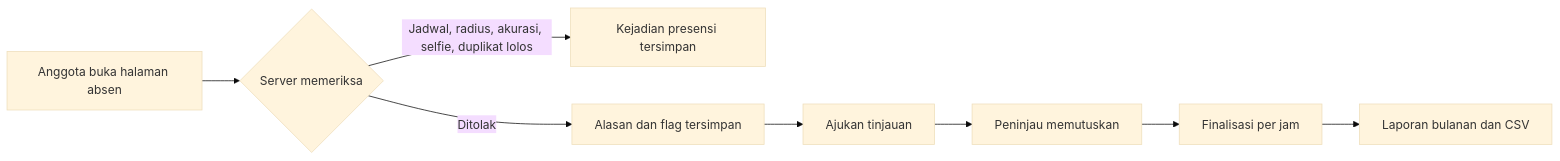
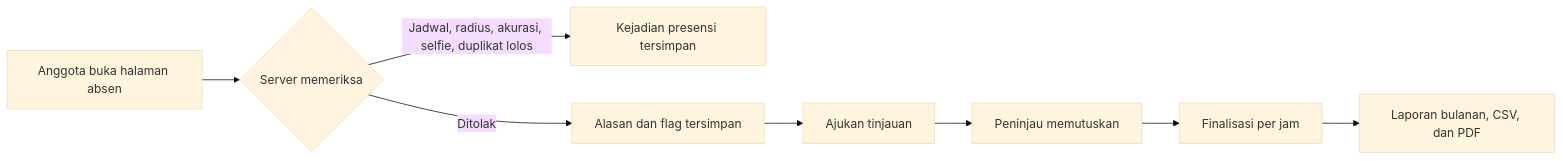
Before and after one commit to ReyyIchiro/Hadir.In: the diagram in README.md, drawn with Mermaid (base theme). The commit also changed other lines of this file and 16 other files, not shown here.

First line of the commit message:
feat: ekspor laporan bulanan ke PDF A4 lanskap untuk stakeholder

````diff
--- a/README.md
+++ b/README.md
@@ -99,10 +99,10 @@
 ```mermaid
 flowchart LR
     A[Anggota buka halaman absen] --> B{Server memeriksa}
     B -->|Jadwal, radius, akurasi, selfie, duplikat lolos| C[Kejadian presensi tersimpan]
     B -->|Ditolak| D[Alasan dan flag tersimpan]
     D --> E[Ajukan tinjauan]
     E --> F[Peninjau memutuskan]
     F --> G[Finalisasi per jam]
-    G --> H[Laporan bulanan dan CSV]
+    G --> H[Laporan bulanan, CSV, dan PDF]
 ```
````
